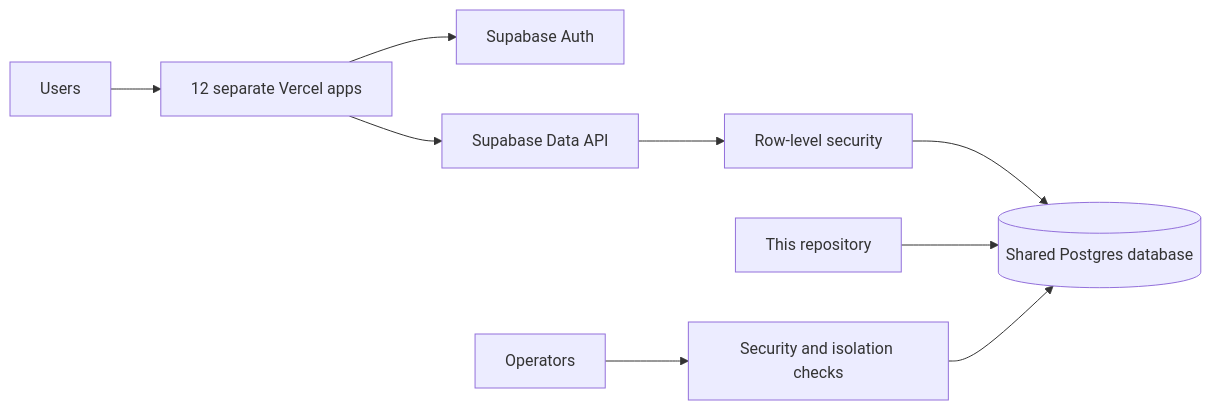
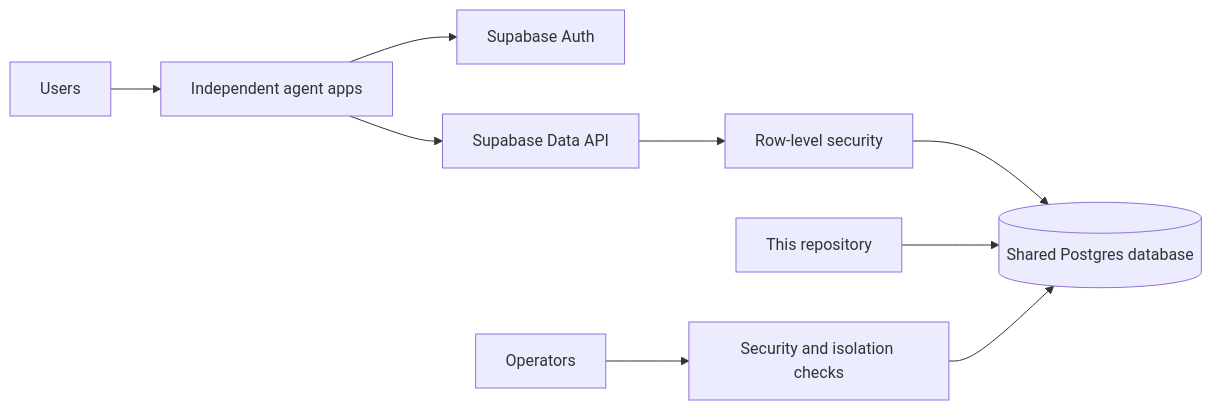
The diagram in README.md (kh-bikash/agent-suite-platform), drawn with Mermaid before and after one commit. The commit also changed other lines of this file, not shown here.

````diff
--- a/README.md
+++ b/README.md
@@ -7,11 +18,11 @@
 ```mermaid
 flowchart LR
-    Users[Users] --> Apps[12 separate Vercel apps]
+    Users[Users] --> Apps[Independent agent apps]
     Apps --> Auth[Supabase Auth]
     Apps --> API[Supabase Data API]
     API --> RLS[Row-level security]
     RLS --> DB[(Shared Postgres database)]
     Migrations[This repository] --> DB
     Operators[Operators] --> Checks[Security and isolation checks]
     Checks --> DB
 ```
````
